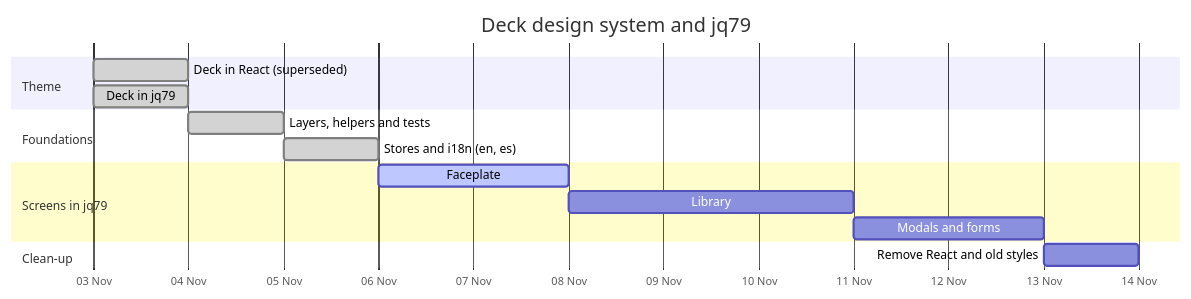
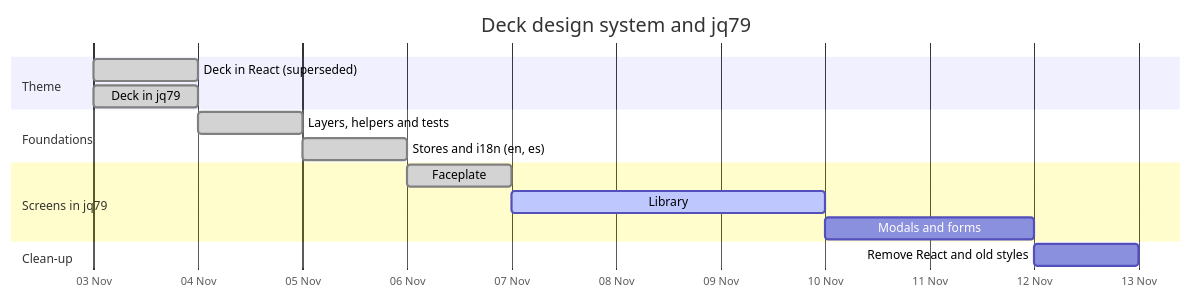
One commit to jgermade/jackbird changed the diagram in ROADMAP/2026-11-03/deck-design-system.md. Above: the diagram before and after it, drawn with Mermaid. The commit also changed 26 other files, not shown here.

First line of the commit message:
feat(faceplate): jackbird faceplate as a jq79 view, with player and root actions in lib

````diff
--- a/ROADMAP/2026-11-03/deck-design-system.md
+++ b/ROADMAP/2026-11-03/deck-design-system.md
@@ -8,18 +8,18 @@
 ```mermaid
 gantt
   title Deck design system and jq79
   dateFormat YYYY-MM-DD
   axisFormat %d %b
   section Theme
     Deck in React (superseded)         :done, react, 2026-11-03, 1d
     Deck in jq79                       :done, theme, 2026-11-03, 1d
   section Foundations
     Layers, helpers and tests          :done, layers, after theme, 1d
     Stores and i18n (en, es)           :done, stores, after layers, 1d
   section Screens in jq79
-    Faceplate                          :active, face, after stores, 2d
-    Library                            :lib, after face, 3d
+    Faceplate                          :done, face, after stores, 1d
+    Library                            :active, lib, after face, 3d
     Modals and forms                   :forms, after lib, 2d
   section Clean-up
     Remove React and old styles        :clean, after forms, 1d
 ```
````
